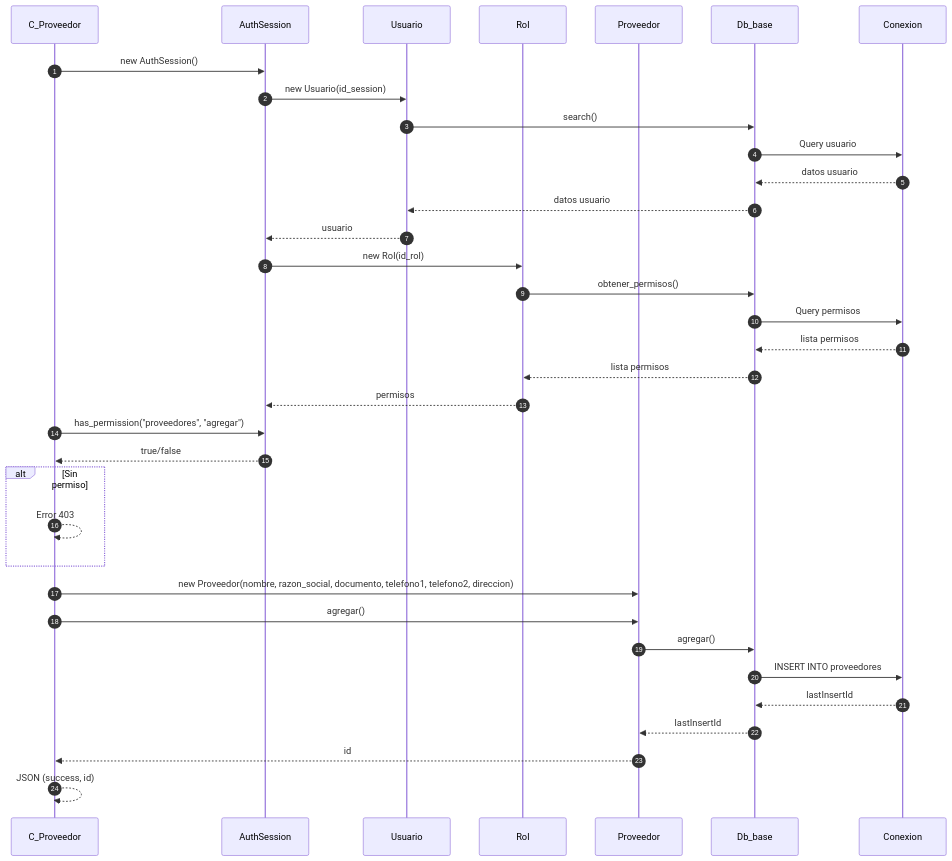
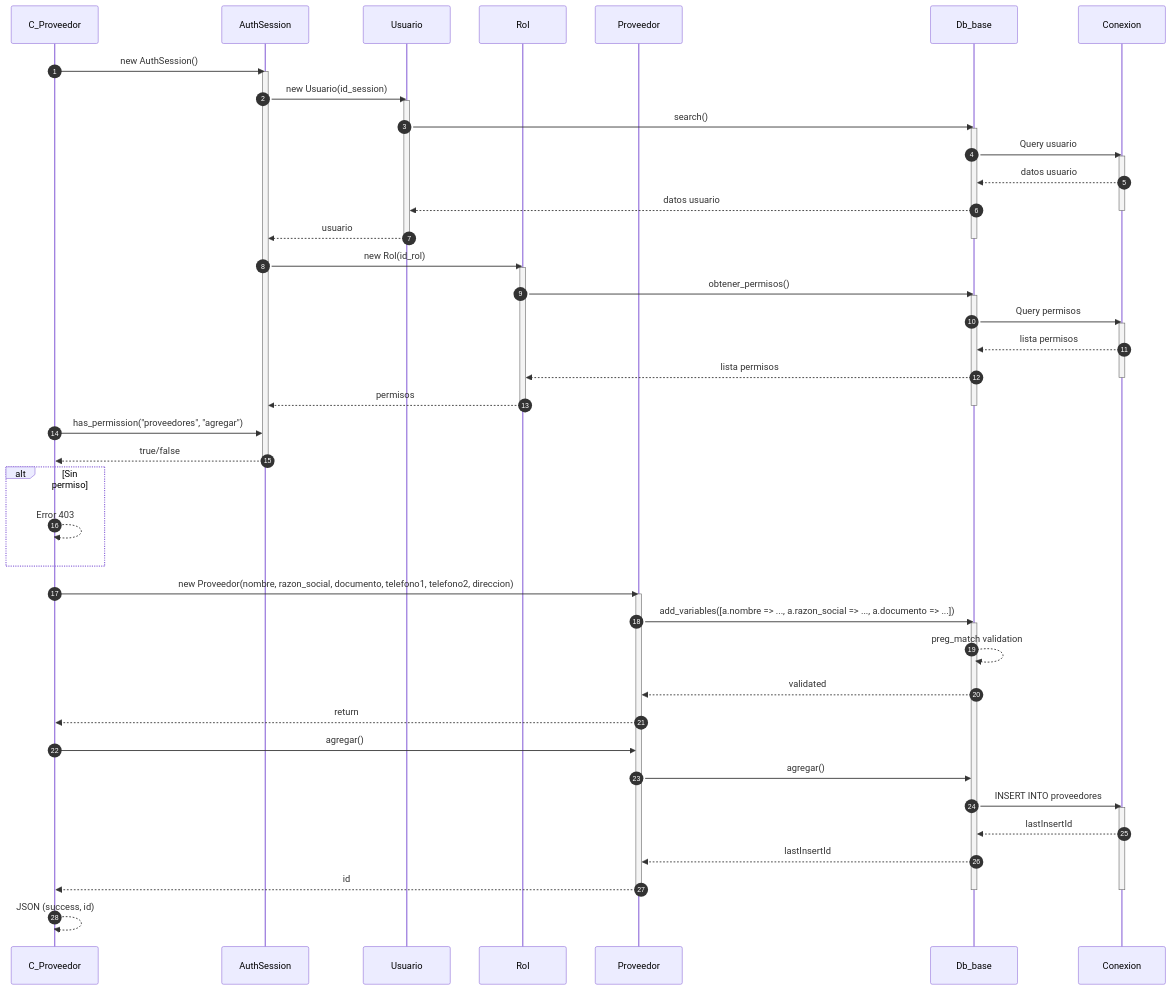
Before and after one commit to Tecrato/BurgerHouse: the first of 4 diagrams in docs/secuencia/proveedores/proveedores.md, drawn with Mermaid. The commit also changed other lines of this file and 16 other files, not shown here.

First line of the commit message:
Annotate mermaid sequences & throttle generator

````diff
--- a/docs/secuencia/proveedores/proveedores.md
+++ b/docs/secuencia/proveedores/proveedores.md
@@ -5,43 +5,67 @@
 ```mermaid
 sequenceDiagram
     autonumber
     participant C_Proveedor as C_Proveedor
     participant AuthSession as AuthSession
     participant Usuario as Usuario
     participant Rol as Rol
     participant Proveedor as Proveedor
     participant Db_base as Db_base
     participant Conexion as Conexion
     
     C_Proveedor->>AuthSession: new AuthSession()
+    activate AuthSession
     AuthSession->>Usuario: new Usuario(id_session)
+    activate Usuario
     Usuario->>Db_base: search()
+    activate Db_base
     Db_base->>Conexion: Query usuario
+    activate Conexion
     Conexion-->>Db_base: datos usuario
     Db_base-->>Usuario: datos usuario
+    deactivate Conexion
     Usuario-->>AuthSession: usuario
+    deactivate Usuario
+    deactivate Db_base
     
     AuthSession->>Rol: new Rol(id_rol)
+    activate Rol
     Rol->>Db_base: obtener_permisos()
+    activate Db_base
     Db_base->>Conexion: Query permisos
+    activate Conexion
     Conexion-->>Db_base: lista permisos
     Db_base-->>Rol: lista permisos
+    deactivate Conexion
     Rol-->>AuthSession: permisos
+    deactivate Rol
+    deactivate Db_base
     
     C_Proveedor->>AuthSession: has_permission("proveedores", "agregar")
     AuthSession-->>C_Proveedor: true/false
+    deactivate AuthSession
     
     alt Sin permiso
         C_Proveedor-->>C_Proveedor: Error 403
     end
     
     C_Proveedor->>Proveedor: new Proveedor(nombre, razon_social, documento, telefono1, telefono2, direccion)
+    activate Proveedor
+    Proveedor->>Db_base: add_variables([a.nombre => ..., a.razon_social => ..., a.documento => ...])
+    activate Db_base
+    Db_base-->>Db_base: preg_match validation
+    Db_base-->>Proveedor: validated
+    Proveedor-->>C_Proveedor: return
     C_Proveedor->>Proveedor: agregar()
     Proveedor->>Db_base: agregar()
     Db_base->>Conexion: INSERT INTO proveedores
+    activate Conexion
     Conexion-->>Db_base: lastInsertId
     Db_base-->>Proveedor: lastInsertId
     Proveedor-->>C_Proveedor: id
+    deactivate Proveedor
+    deactivate Conexion
+    deactivate Db_base
     
     C_Proveedor-->>C_Proveedor: JSON (success, id)
 ```
````
